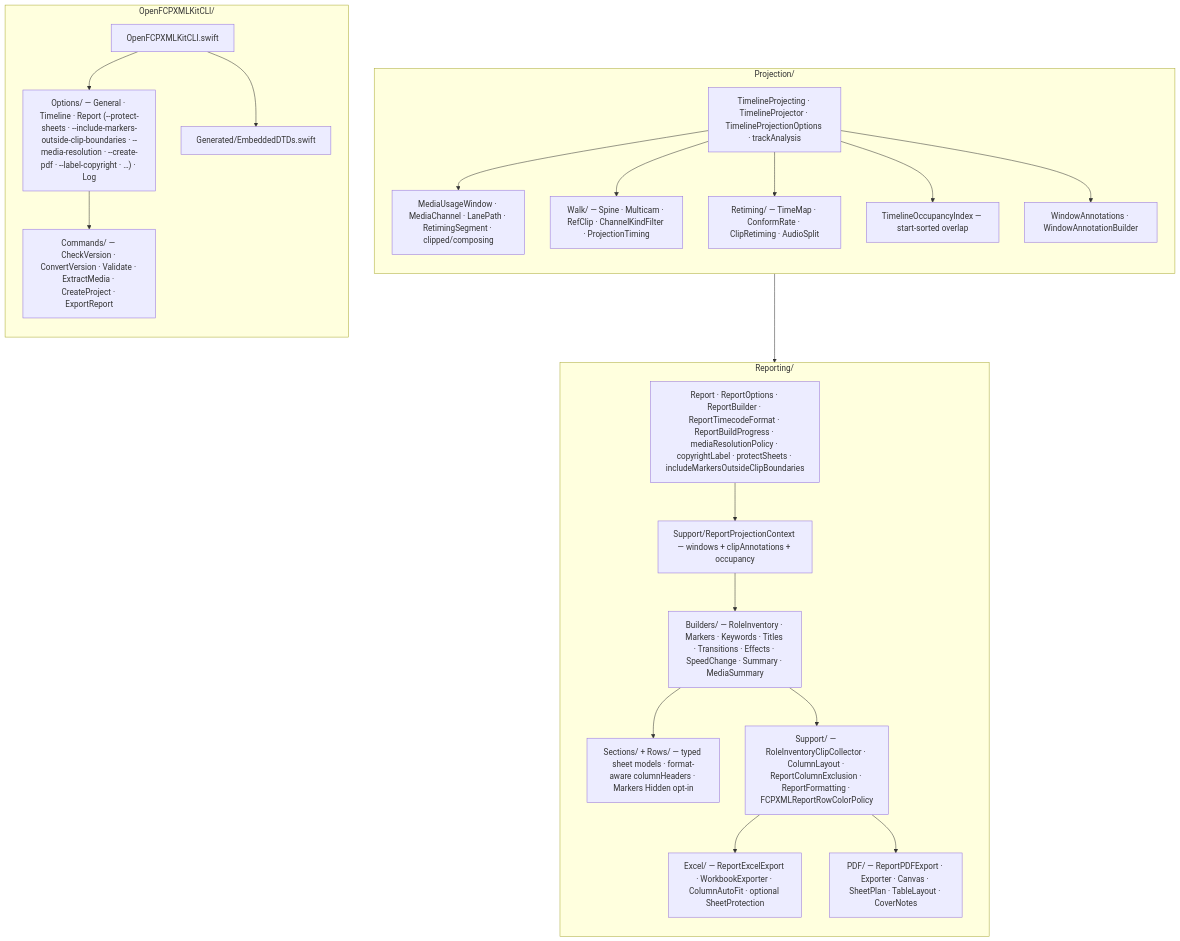
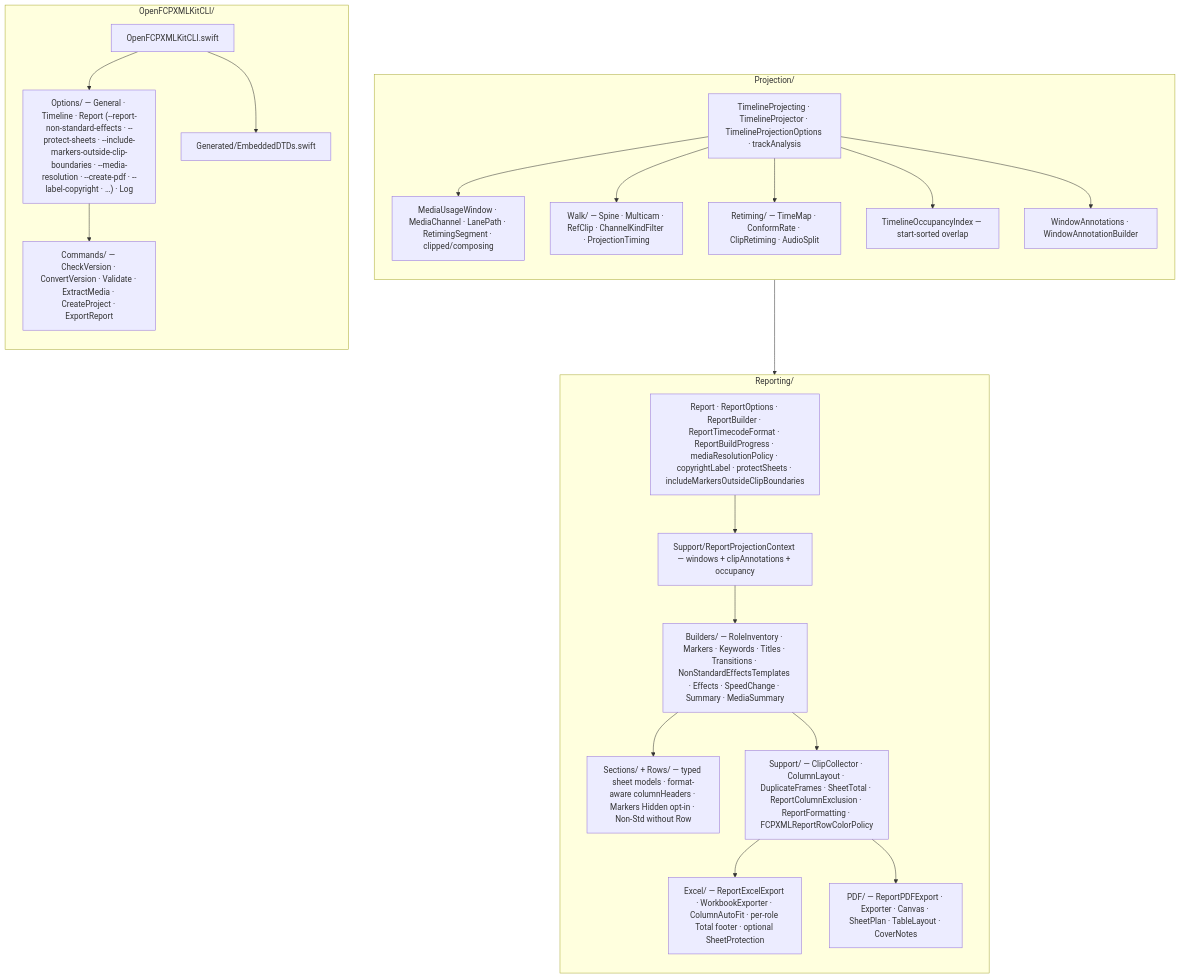
One commit to TheAcharya/OpenFCPXMLKit changed the fifth of 6 diagrams in ARCHITECTURE.md. Above: the diagram before and after it, drawn with Mermaid. The commit also changed other lines of this file and 45 other files, not shown here.

First line of the commit message:
Add inventory Total footers, Duplicate Frames, and Non-Std Effects sheet for 3.2.1

````diff
--- a/ARCHITECTURE.md
+++ b/ARCHITECTURE.md
@@ -297,44 +300,44 @@
 ```mermaid
 flowchart TB
     subgraph PRJ_DETAIL["Projection/"]
         direction TB
         P_API["TimelineProjecting · TimelineProjector · TimelineProjectionOptions · trackAnalysis"]
         P_WIN["MediaUsageWindow · MediaChannel · LanePath · RetimingSegment · clipped/composing"]
         P_WALK["Walk/ — Spine · Multicam · RefClip · ChannelKindFilter · ProjectionTiming"]
         P_RET["Retiming/ — TimeMap · ConformRate · ClipRetiming · AudioSplit"]
         P_OCC["TimelineOccupancyIndex — start-sorted overlap"]
         P_ANN["WindowAnnotations · WindowAnnotationBuilder"]
         P_API --> P_WIN
         P_API --> P_WALK
         P_API --> P_RET
         P_API --> P_OCC
         P_API --> P_ANN
     end
 
     subgraph REP_DETAIL["Reporting/"]
         direction TB
         R_TOP["Report · ReportOptions · ReportBuilder · ReportTimecodeFormat · ReportBuildProgress · mediaResolutionPolicy · copyrightLabel · protectSheets · includeMarkersOutsideClipBoundaries"]
         R_CTX["Support/ReportProjectionContext — windows + clipAnnotations + occupancy"]
-        R_BLD["Builders/ — RoleInventory · Markers · Keywords · Titles · Transitions · Effects · SpeedChange · Summary · MediaSummary"]
-        R_SEC["Sections/ + Rows/ — typed sheet models · format-aware columnHeaders · Markers Hidden opt-in"]
-        R_SUP["Support/ — RoleInventoryClipCollector · ColumnLayout · ReportColumnExclusion · ReportFormatting · FCPXMLReportRowColorPolicy"]
-        R_XLS["Excel/ — ReportExcelExport · WorkbookExporter · ColumnAutoFit · optional SheetProtection"]
+        R_BLD["Builders/ — RoleInventory · Markers · Keywords · Titles · Transitions · NonStandardEffectsTemplates · Effects · SpeedChange · Summary · MediaSummary"]
+        R_SEC["Sections/ + Rows/ — typed sheet models · format-aware columnHeaders · Markers Hidden opt-in · Non-Std without Row"]
+        R_SUP["Support/ — ClipCollector · ColumnLayout · DuplicateFrames · SheetTotal · ReportColumnExclusion · ReportFormatting · FCPXMLReportRowColorPolicy"]
+        R_XLS["Excel/ — ReportExcelExport · WorkbookExporter · ColumnAutoFit · per-role Total footer · optional SheetProtection"]
         R_PDF["PDF/ — ReportPDFExport · Exporter · Canvas · SheetPlan · TableLayout · CoverNotes"]
         R_TOP --> R_CTX --> R_BLD --> R_SEC
         R_BLD --> R_SUP
         R_SUP --> R_XLS
         R_SUP --> R_PDF
     end
 
     PRJ_DETAIL --> REP_DETAIL
 
     subgraph CLI_DETAIL["OpenFCPXMLKitCLI/"]
         direction TB
         C_ROOT["OpenFCPXMLKitCLI.swift"]
-        C_OPT["Options/ — General · Timeline · Report (--protect-sheets · --include-markers-outside-clip-boundaries · --media-resolution · --create-pdf · --label-copyright · …) · Log"]
+        C_OPT["Options/ — General · Timeline · Report (--report-non-standard-effects · --protect-sheets · --include-markers-outside-clip-boundaries · --media-resolution · --create-pdf · --label-copyright · …) · Log"]
         C_CMD["Commands/ — CheckVersion · ConvertVersion · Validate · ExtractMedia · CreateProject · ExportReport"]
         C_GEN["Generated/EmbeddedDTDs.swift"]
         C_ROOT --> C_OPT --> C_CMD
         C_ROOT --> C_GEN
     end
 ```
````
